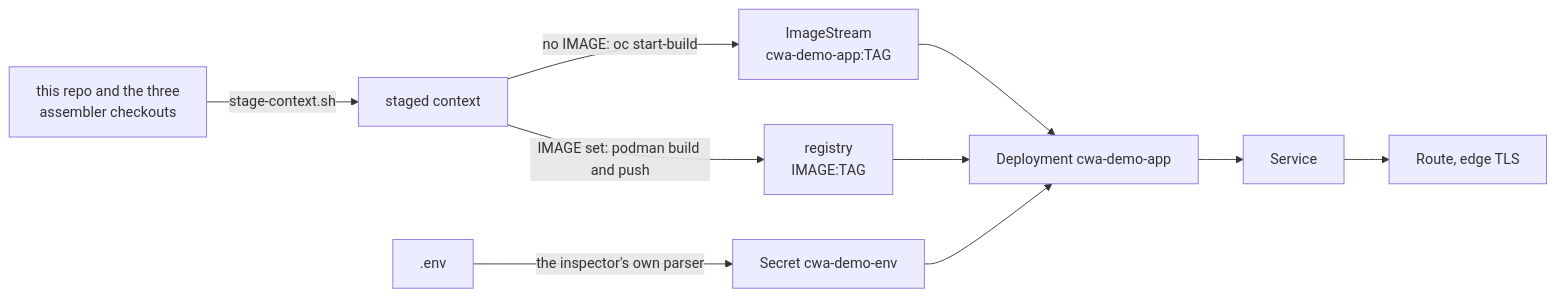
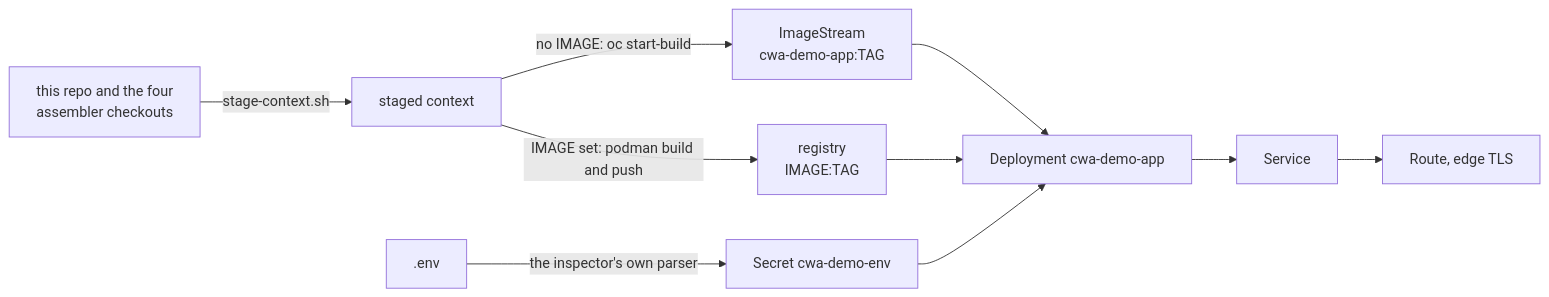
Before and after one commit to contextwindowarchitecture/assembler-demo: the diagram in deploy/openshift/README.md, drawn with Mermaid. The commit also changed other lines of this file and 28 other files, not shown here.

````diff
--- a/deploy/openshift/README.md
+++ b/deploy/openshift/README.md
@@ -5,11 +5,11 @@
 ```mermaid
 flowchart LR
-  T[this repo and the three<br>assembler checkouts] -->|stage-context.sh| C[staged context]
+  T[this repo and the four<br>assembler checkouts] -->|stage-context.sh| C[staged context]
   C -->|no IMAGE: oc start-build| I[ImageStream<br>cwa-demo-app:TAG]
   C -->|IMAGE set: podman build and push| R[registry<br>IMAGE:TAG]
   E[.env] -->|the inspector's own parser| S[Secret cwa-demo-env]
   I --> D[Deployment cwa-demo-app]
   R --> D
   S --> D
   D --> V[Service] --> O[Route, edge TLS]
 ```
````
